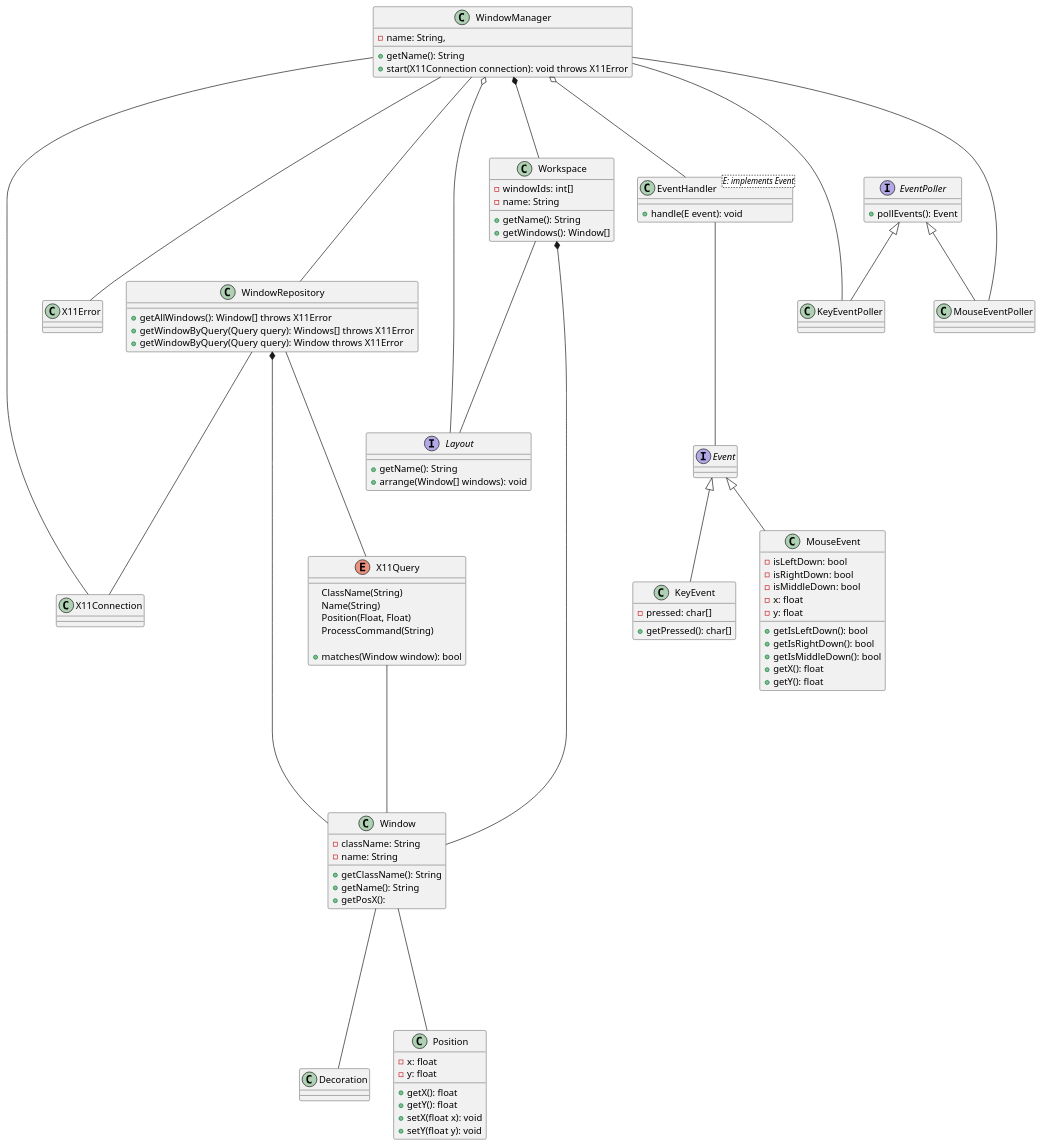
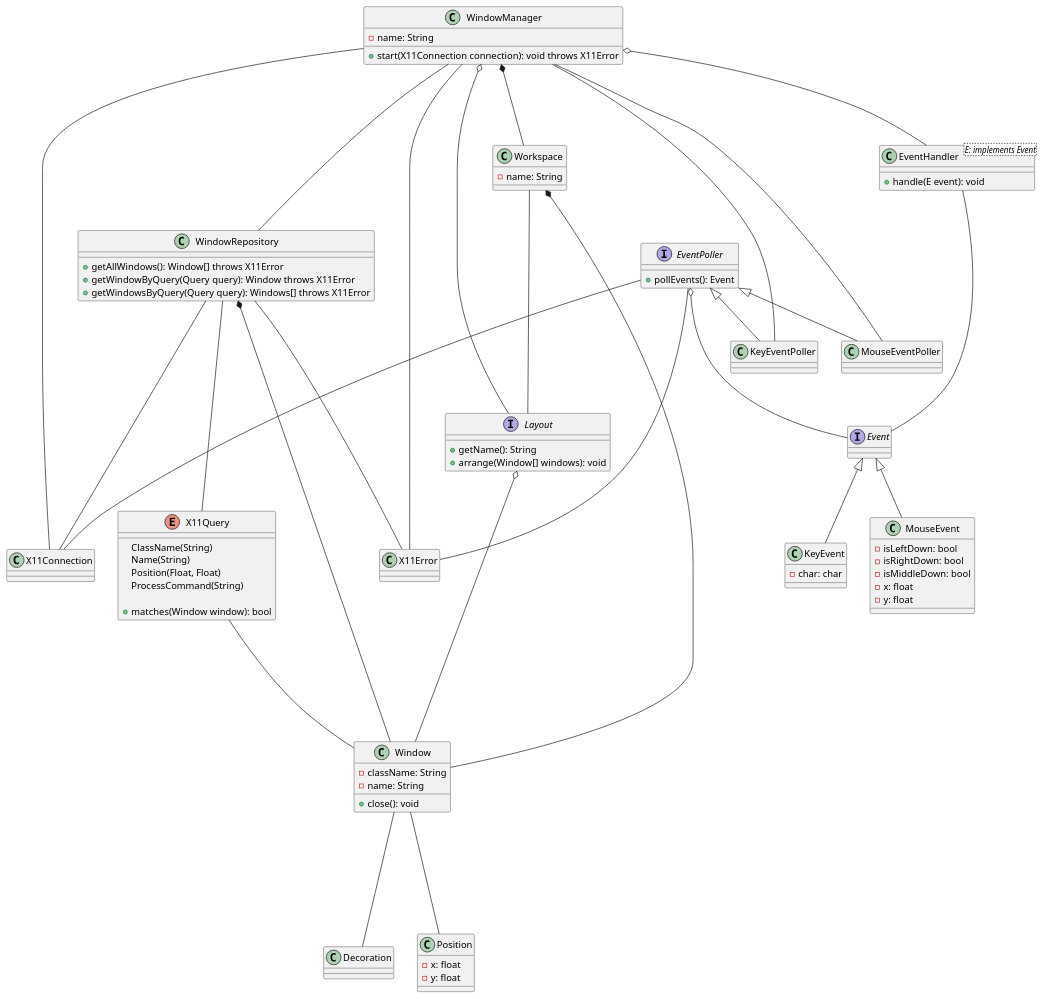
The diagram in softwaretechnik/assignments/uml/diagrams/uml.plantuml (mara-schulke/thb), drawn with PlantUML before and after one commit.

Commit message:
Update class diagram for swt assignment 2

```diff
--- a/softwaretechnik/assignments/uml/diagrams/uml.plantuml
+++ b/softwaretechnik/assignments/uml/diagrams/uml.plantuml
@@ -1,133 +1,112 @@
 @startuml
 class X11Connection {}
-
-WindowManager ---- X11Connection
-WindowManager ---- X11Error
-WindowManager ---- WindowRepository
-
-class WindowManager {
-	- name: String,
-	+ getName(): String
-	+ start(X11Connection connection): void throws X11Error
-}
-
-WindowManager o--- Layout
-
-WindowManager *--- Workspace
-WindowManager o--- EventHandler
-
-WindowManager ---- KeyEventPoller
-WindowManager ---- MouseEventPoller
-
-
-EventPoller <|-- KeyEventPoller
-EventPoller <|-- MouseEventPoller
-
-interface EventPoller {
-	+ pollEvents(): Event
-}
-
-class KeyEventPoller
-
-class MouseEventPoller
-
-
-Event <|-- KeyEvent
-Event <|-- MouseEvent
-
-interface Event
-
-class KeyEvent {
-	- pressed: char[]
-	+ getPressed(): char[]
-}
-
-class MouseEvent {
-	- isLeftDown: bool
-	- isRightDown: bool
-	- isMiddleDown: bool
-	- x: float
-	- y: float
-
-	+ getIsLeftDown(): bool
-	+ getIsRightDown(): bool
-	+ getIsMiddleDown(): bool
-	+ getX(): float
-	+ getY(): float
-}
-
-class Workspace {
-	- windowIds: int[]
-	- name: String
-	+ getName(): String
-	+ getWindows(): Window[]
-}
-
-Workspace ---- Layout
-Workspace *--- Window
-
-interface Layout {
-	+ getName(): String
-	+ arrange(Window[] windows): void
-}
-
-EventHandler ---- Event
-
-class EventHandler<E: implements Event> {
-
-	+ handle(E event): void
-}
-
-
-
-
-
-class        Decoration
-
-class Position {
-	- x: float
-	- y: float
-	+ getX(): float
-	+ getY(): float
-	+ setX(float x): void
-	+ setY(float y): void
-}
-
-Window ---- Position
-
-class Window {
-	- className: String
-	- name: String
-	+ getClassName(): String
-	+ getName(): String
-	+ getPosX(): 
-}
-
-Window ---- Decoration
 
 X11Query ---- Window
 
 enum X11Query {
 	ClassName(String)
 	Name(String)
 	Position(Float, Float)
 	ProcessCommand(String)
 
 	{method} + matches(Window window): bool
 }
 
+
+WindowManager ---- X11Connection
+WindowManager ---- X11Error
+WindowManager ---- WindowRepository
+WindowManager o--- Layout
+WindowManager *--- Workspace
+WindowManager o--- EventHandler
+WindowManager ---- KeyEventPoller
+WindowManager ---- MouseEventPoller
+
+class WindowManager {
+	- name: String
+	+ start(X11Connection connection): void throws X11Error
+}
+
+EventPoller <|-- KeyEventPoller
+EventPoller <|-- MouseEventPoller
+EventPoller o--- Event
+EventPoller ---- X11Connection
+EventPoller ---- X11Error
+
+interface EventPoller {
+	+ pollEvents(): Event
+}
+
+class KeyEventPoller
+class MouseEventPoller
+
+Event <|-- KeyEvent
+Event <|-- MouseEvent
+
+interface Event
+
+class KeyEvent {
+	- char: char
+}
+
+class MouseEvent {
+	- isLeftDown: bool
+	- isRightDown: bool
+	- isMiddleDown: bool
+	- x: float
+	- y: float
+}
+
+Workspace ---- Layout
+Workspace *--- Window
+
+class Workspace {
+	- name: String
+}
+
+Layout o--- Window
+
+interface Layout {
+	+ getName(): String
+	+ arrange(Window[] windows): void
+}
+
+EventHandler ---- Event
+
+class EventHandler<E: implements Event> {
+	+ handle(E event): void
+}
+
+class Decoration
+
+class Position {
+	- x: float
+	- y: float
+}
+
+Window ---- Position
+Window ---- Decoration
+
+class Window {
+	- className: String
+	- name: String
+	+ close(): void
+}
+
+
 WindowRepository ---- X11Connection
 WindowRepository *--- Window
 WindowRepository ---- X11Query
+WindowRepository ---- X11Error
 
 class WindowRepository {
 	+ getAllWindows(): Window[] throws X11Error
-	+ getWindowByQuery(Query query): Windows[] throws X11Error
 	+ getWindowByQuery(Query query): Window throws X11Error
+	+ getWindowsByQuery(Query query): Windows[] throws X11Error
 }
 
 
 class X11Error {}
 
 
 @enduml
```
